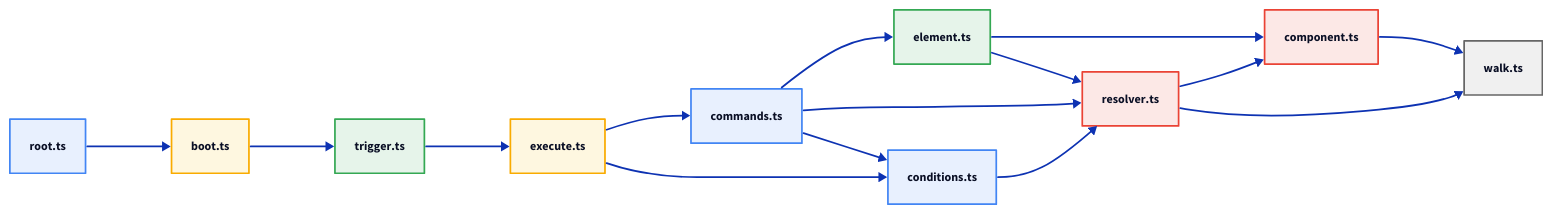
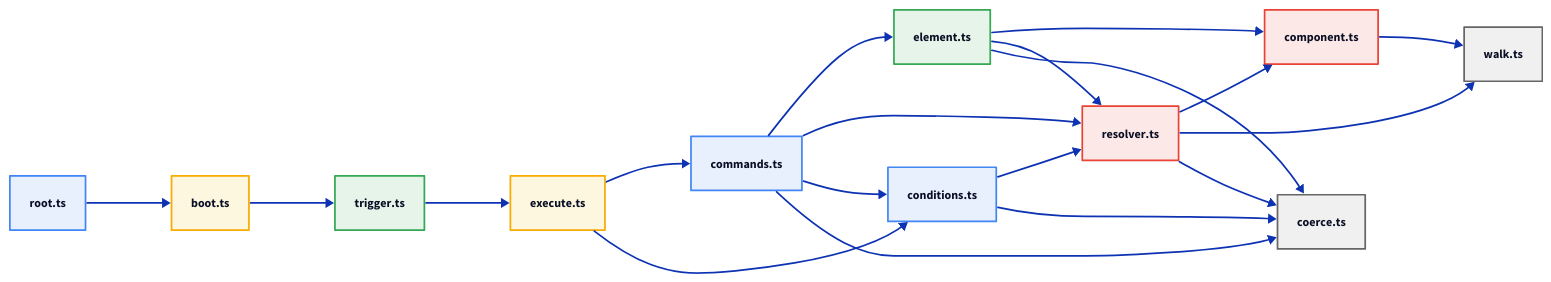
One commit to marafiq/alis-reactive changed the fifth of 5 diagrams in docs-site/src/content/docs/architecture/runtime.mdx. Above: the diagram before and after it, drawn with D2.

Commit message:
refactor: single source of truth for CoercionType in core/coerce.ts
Remove duplicate CoercionType definition from types/context.ts.
core/coerce.ts is the canonical home — it owns the type and the
coerce() implementation. types/guards.ts and types/commands.ts
now import directly from core/coerce.ts. The types barrel re-exports
it for external consumers.

Update module dependency graph in docs to include coerce.ts — it was
missing from the D2 diagram despite being imported by resolver.ts,
conditions.ts, commands.ts, and element.ts.

````diff
--- a/docs-site/src/content/docs/architecture/runtime.mdx
+++ b/docs-site/src/content/docs/architecture/runtime.mdx
@@ -281,29 +281,34 @@
 ```d2
 direction: right
 
 root: "root.ts" { shape: rectangle; style.fill: "#e8f0fe"; style.stroke: "#4285f4"; style.font-size: 14 }
 boot: "boot.ts" { shape: rectangle; style.fill: "#fef7e0"; style.stroke: "#f9ab00"; style.font-size: 14 }
 trigger: "trigger.ts" { shape: rectangle; style.fill: "#e6f4ea"; style.stroke: "#34a853"; style.font-size: 14 }
 execute: "execute.ts" { shape: rectangle; style.fill: "#fef7e0"; style.stroke: "#f9ab00"; style.font-size: 14 }
 commands: "commands.ts" { shape: rectangle; style.fill: "#e8f0fe"; style.stroke: "#4285f4"; style.font-size: 14 }
 element: "element.ts" { shape: rectangle; style.fill: "#e6f4ea"; style.stroke: "#34a853"; style.font-size: 14 }
 component: "component.ts" { shape: rectangle; style.fill: "#fce8e6"; style.stroke: "#ea4335"; style.font-size: 14 }
 resolver: "resolver.ts" { shape: rectangle; style.fill: "#fce8e6"; style.stroke: "#ea4335"; style.font-size: 14 }
+coerce: "coerce.ts" { shape: rectangle; style.fill: "#f0f0f0"; style.stroke: "#666"; style.font-size: 14 }
 walk: "walk.ts" { shape: rectangle; style.fill: "#f0f0f0"; style.stroke: "#666"; style.font-size: 14 }
 conditions: "conditions.ts" { shape: rectangle; style.fill: "#e8f0fe"; style.stroke: "#4285f4"; style.font-size: 14 }
 
 root -> boot
 boot -> trigger
 trigger -> execute
 execute -> commands
 execute -> conditions
 commands -> element
 commands -> resolver
 commands -> conditions
+commands -> coerce
 element -> component
 element -> resolver
+element -> coerce
 resolver -> component
 resolver -> walk
+resolver -> coerce
 component -> walk
 conditions -> resolver
+conditions -> coerce
 ```
````
